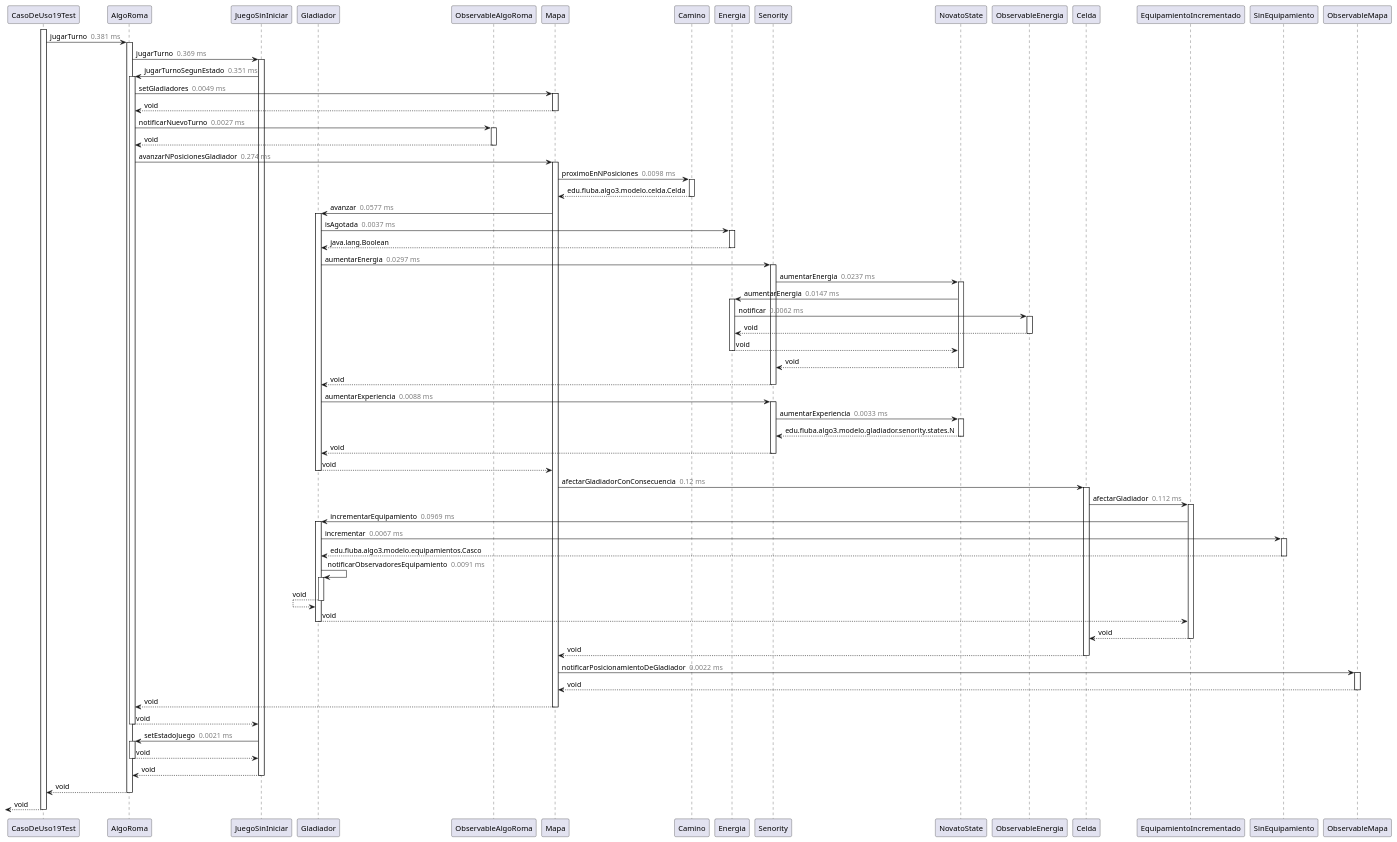
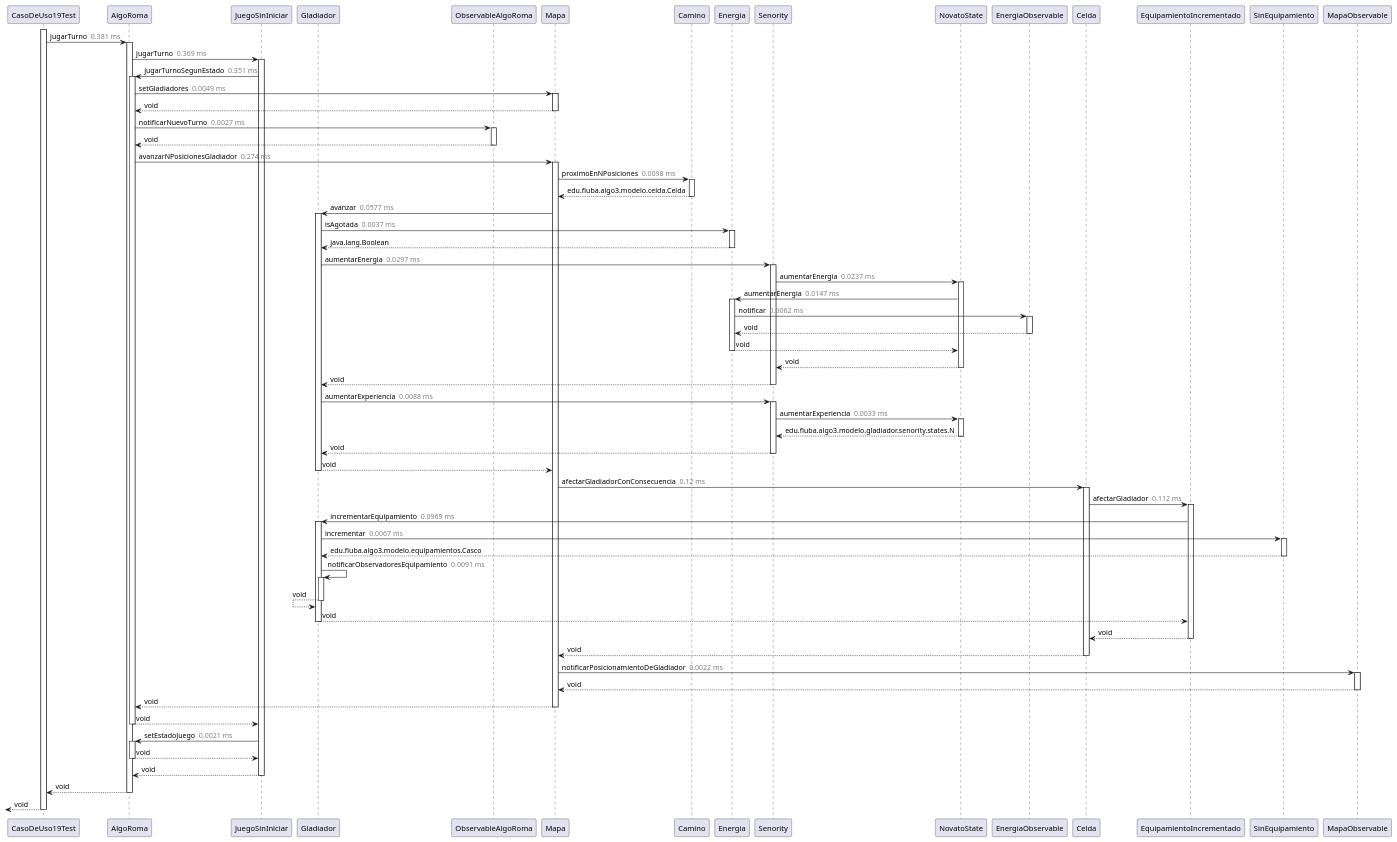
The diagram in diagrams/sequences/JugadorUnTurnoDiagramaCompleto-GeneradoAutomaticamente-PocoRevisado.plantuml (RodriguezNazareno56/FIUBA-Algo3-TP2), drawn with PlantUML before and after one commit. The commit also changed 8 other files, not shown here.

Commit message:
cambio el nombre de los observables en los diagramas se secuencias (#203)

```diff
--- a/diagrams/sequences/JugadorUnTurnoDiagramaCompleto-GeneradoAutomaticamente-PocoRevisado.plantuml
+++ b/diagrams/sequences/JugadorUnTurnoDiagramaCompleto-GeneradoAutomaticamente-PocoRevisado.plantuml
@@ -1,110 +1,110 @@
 @startuml
 participant CasoDeUso19Test as "CasoDeUso19Test"
 participant AlgoRoma as "AlgoRoma"
 participant JuegoSinIniciar as "JuegoSinIniciar"
 participant Gladiador as "Gladiador"
 participant ObservableAlgoRoma as "ObservableAlgoRoma"
 participant Mapa as "Mapa"
 participant Camino as "Camino"
 participant Energia as "Energia"
 participant Senority as "Senority"
 participant NovatoState as "NovatoState"
-participant ObservableEnergia as "ObservableEnergia"
+participant ObservableEnergia as "EnergiaObservable"
 participant Celda as "Celda"
 participant EquipamientoIncrementado as "EquipamientoIncrementado"
 participant SinEquipamiento as "SinEquipamiento"
-participant ObservableMapa as "ObservableMapa"
+participant ObservableMapa as "MapaObservable"
 
   activate CasoDeUso19Test
     CasoDeUso19Test->AlgoRoma: jugarTurno <color:gray> 0.381 ms</color>
     activate AlgoRoma
       AlgoRoma->JuegoSinIniciar: jugarTurno <color:gray> 0.369 ms</color>
       activate JuegoSinIniciar
         JuegoSinIniciar->AlgoRoma: jugarTurnoSegunEstado <color:gray> 0.351 ms</color>
         activate AlgoRoma
           AlgoRoma->Mapa: setGladiadores <color:gray> 0.0049 ms</color>
           activate Mapa
           AlgoRoma<--Mapa: void
           deactivate Mapa
           AlgoRoma->ObservableAlgoRoma: notificarNuevoTurno <color:gray> 0.0027 ms</color>
           activate ObservableAlgoRoma
           AlgoRoma<--ObservableAlgoRoma: void
           deactivate ObservableAlgoRoma
           AlgoRoma->Mapa: avanzarNPosicionesGladiador <color:gray> 0.274 ms</color>
           activate Mapa
             Mapa->Camino: proximoEnNPosiciones <color:gray> 0.0098 ms</color>
             activate Camino
             Mapa<--Camino: edu.fiuba.algo3.modelo.celda.Celda
             deactivate Camino
             Mapa->Gladiador: avanzar <color:gray> 0.0577 ms</color>
             activate Gladiador
               Gladiador->Energia: isAgotada <color:gray> 0.0037 ms</color>
               activate Energia
               Gladiador<--Energia: java.lang.Boolean
               deactivate Energia
               Gladiador->Senority: aumentarEnergia <color:gray> 0.0297 ms</color>
               activate Senority
                 Senority->NovatoState: aumentarEnergia <color:gray> 0.0237 ms</color>
                 activate NovatoState
                   NovatoState->Energia: aumentarEnergia <color:gray> 0.0147 ms</color>
                   activate Energia
                     Energia->ObservableEnergia: notificar <color:gray> 0.0062 ms</color>
                     activate ObservableEnergia
                     Energia<--ObservableEnergia: void
                     deactivate ObservableEnergia
                   NovatoState<--Energia: void
                   deactivate Energia
                 Senority<--NovatoState: void
                 deactivate NovatoState
               Gladiador<--Senority: void
               deactivate Senority
               Gladiador->Senority: aumentarExperiencia <color:gray> 0.0088 ms</color>
               activate Senority
                 Senority->NovatoState: aumentarExperiencia <color:gray> 0.0033 ms</color>
                 activate NovatoState
                 Senority<--NovatoState: edu.fiuba.algo3.modelo.gladiador.senority.states.N
                 deactivate NovatoState
               Gladiador<--Senority: void
               deactivate Senority
             Mapa<--Gladiador: void
             deactivate Gladiador
             Mapa->Celda: afectarGladiadorConConsecuencia <color:gray> 0.12 ms</color>
             activate Celda
               Celda->EquipamientoIncrementado: afectarGladiador <color:gray> 0.112 ms</color>
               activate EquipamientoIncrementado
                 EquipamientoIncrementado->Gladiador: incrementarEquipamiento <color:gray> 0.0969 ms</color>
                 activate Gladiador
                   Gladiador->SinEquipamiento: incrementar <color:gray> 0.0067 ms</color>
                   activate SinEquipamiento
                   Gladiador<--SinEquipamiento: edu.fiuba.algo3.modelo.equipamientos.Casco
                   deactivate SinEquipamiento
                   Gladiador->Gladiador: notificarObservadoresEquipamiento <color:gray> 0.0091 ms</color>
                   activate Gladiador
                   Gladiador<--Gladiador: void
                   deactivate Gladiador
                 EquipamientoIncrementado<--Gladiador: void
                 deactivate Gladiador
               Celda<--EquipamientoIncrementado: void
               deactivate EquipamientoIncrementado
             Mapa<--Celda: void
             deactivate Celda
             Mapa->ObservableMapa: notificarPosicionamientoDeGladiador <color:gray> 0.0022 ms</color>
             activate ObservableMapa
             Mapa<--ObservableMapa: void
             deactivate ObservableMapa
           AlgoRoma<--Mapa: void
           deactivate Mapa
         JuegoSinIniciar<--AlgoRoma: void
         deactivate AlgoRoma
         JuegoSinIniciar->AlgoRoma: setEstadoJuego <color:gray> 0.0021 ms</color>
         activate AlgoRoma
         JuegoSinIniciar<--AlgoRoma: void
         deactivate AlgoRoma
       AlgoRoma<--JuegoSinIniciar: void
       deactivate JuegoSinIniciar
     CasoDeUso19Test<--AlgoRoma: void
     deactivate AlgoRoma
 
   [<--CasoDeUso19Test: void
   deactivate CasoDeUso19Test
 @enduml
```
